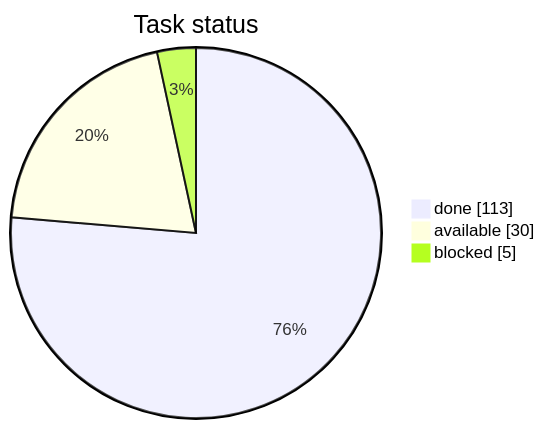
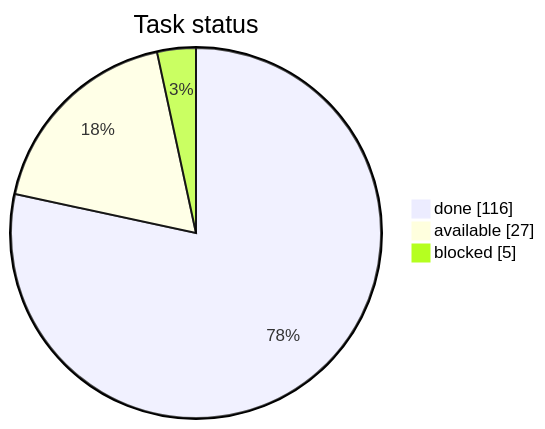
Before and after one commit to artemiiShabanov/RallyRivals: the first of 3 diagrams in STATUS.md, drawn with Mermaid. The commit also changed other lines of this file and 21 other files, not shown here.

````diff
--- a/STATUS.md
+++ b/STATUS.md
@@ -7,7 +7,7 @@
 ```mermaid
 pie showData
     title Task status
-    "done" : 113
-    "available" : 30
+    "done" : 116
+    "available" : 27
     "blocked" : 5
 ```
````
